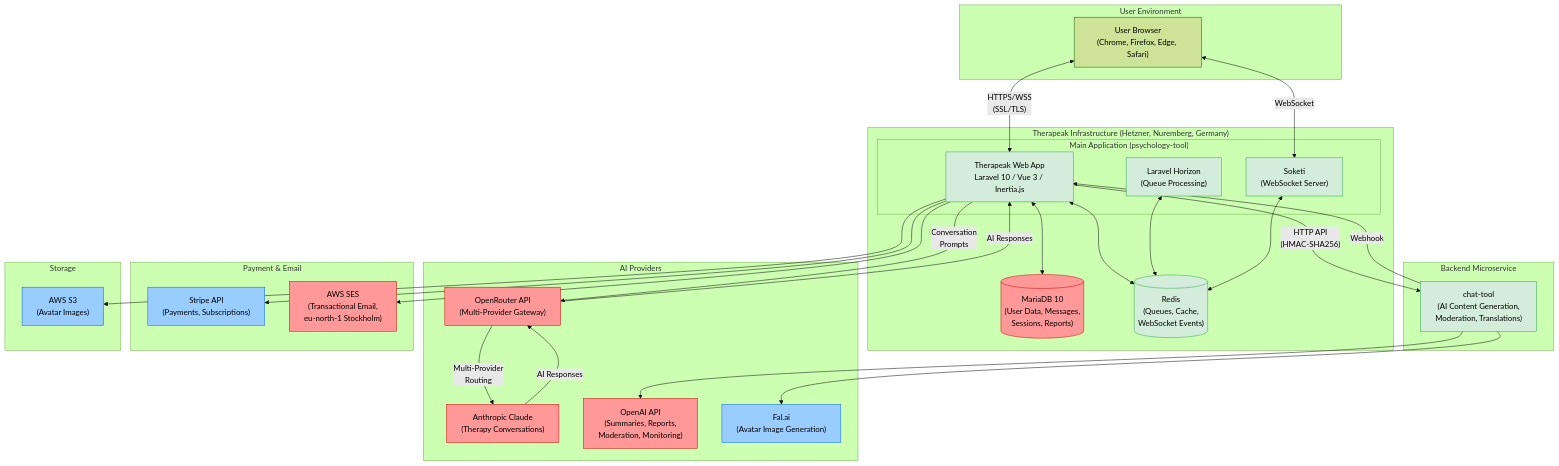
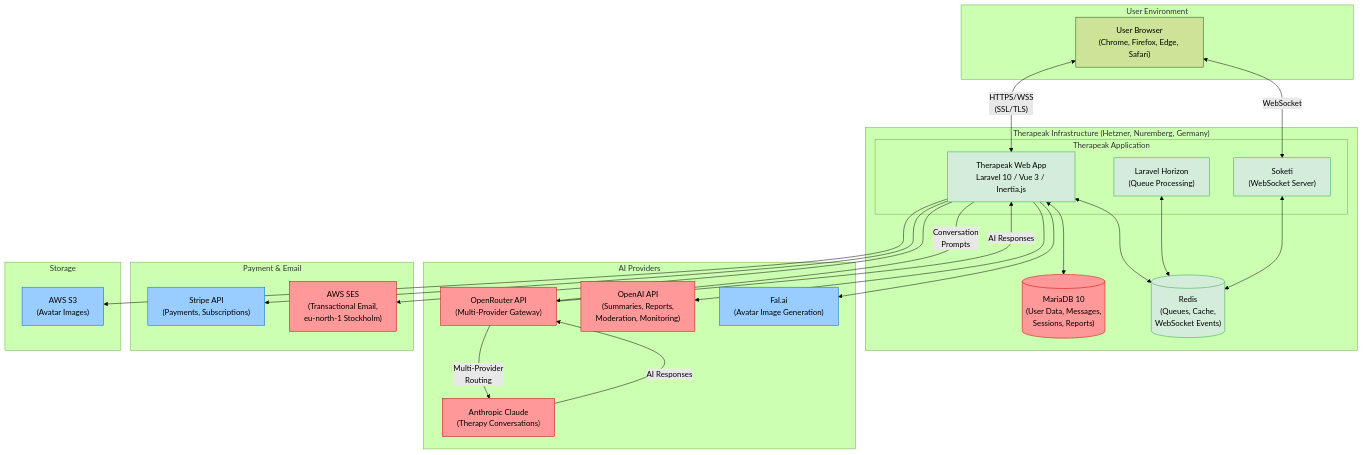
Before and after one commit to lauwersoft/therapeakqms: the first of 4 diagrams in qms/documents/diagrams/software-architecture.md, drawn with Mermaid (forest theme). The commit also changed other lines of this file and 6 other files, not shown here.

````diff
--- a/qms/documents/diagrams/software-architecture.md
+++ b/qms/documents/diagrams/software-architecture.md
@@ -23,68 +23,62 @@
 ```mermaid
 graph TB
     subgraph "User Environment"
         USER["User Browser<br/>(Chrome, Firefox, Edge, Safari)"]
     end
 
     subgraph "Therapeak Infrastructure (Hetzner, Nuremberg, Germany)"
-        subgraph "Main Application (psychology-tool)"
+        subgraph "Therapeak Application"
             WEBAPP["Therapeak Web App<br/>Laravel 10 / Vue 3 / Inertia.js"]
             HORIZON["Laravel Horizon<br/>(Queue Processing)"]
             SOKETI["Soketi<br/>(WebSocket Server)"]
         end
 
         MARIADB[("MariaDB 10<br/>(User Data, Messages,<br/>Sessions, Reports)")]
         REDIS[("Redis<br/>(Queues, Cache,<br/>WebSocket Events)")]
-    end
-
-    subgraph "Backend Microservice"
-        CHATTOOL["chat-tool<br/>(AI Content Generation,<br/>Moderation, Translations)"]
     end
 
     subgraph "AI Providers"
         OPENROUTER["OpenRouter API<br/>(Multi-Provider Gateway)"]
         CLAUDE["Anthropic Claude<br/>(Therapy Conversations)"]
         OPENAI["OpenAI API<br/>(Summaries, Reports,<br/>Moderation, Monitoring)"]
         FALAI["Fal.ai<br/>(Avatar Image Generation)"]
     end
 
     subgraph "Payment & Email"
         STRIPE["Stripe API<br/>(Payments, Subscriptions)"]
         AWSSES["AWS SES<br/>(Transactional Email,<br/>eu-north-1 Stockholm)"]
     end
 
     subgraph "Storage"
         S3["AWS S3<br/>(Avatar Images)"]
     end
 
     USER <-->|"HTTPS/WSS<br/>(SSL/TLS)"| WEBAPP
     USER <-->|"WebSocket"| SOKETI
 
     WEBAPP <--> MARIADB
     WEBAPP <--> REDIS
     HORIZON <--> REDIS
     SOKETI <--> REDIS
 
-    WEBAPP -->|"HTTP API<br/>(HMAC-SHA256)"| CHATTOOL
-    CHATTOOL -->|"Webhook"| WEBAPP
 
     WEBAPP -->|"Conversation<br/>Prompts"| OPENROUTER
     OPENROUTER -->|"Multi-Provider<br/>Routing"| CLAUDE
     CLAUDE -->|"AI Responses"| OPENROUTER
     OPENROUTER -->|"AI Responses"| WEBAPP
 
-    CHATTOOL --> OPENAI
-    CHATTOOL --> FALAI
+    WEBAPP --> OPENAI
+    WEBAPP --> FALAI
 
     WEBAPP --> STRIPE
     WEBAPP --> AWSSES
     WEBAPP --> S3
 
     classDef healthData fill:#ff9999,stroke:#cc0000,color:#000
     classDef nonHealthData fill:#99ccff,stroke:#0066cc,color:#000
     classDef infrastructure fill:#d4edda,stroke:#28a745,color:#000
 
     class MARIADB,OPENROUTER,CLAUDE,OPENAI,AWSSES healthData
     class STRIPE,FALAI,S3 nonHealthData
-    class WEBAPP,HORIZON,SOKETI,REDIS,CHATTOOL infrastructure
+    class WEBAPP,HORIZON,SOKETI,REDIS infrastructure
 ```
````
